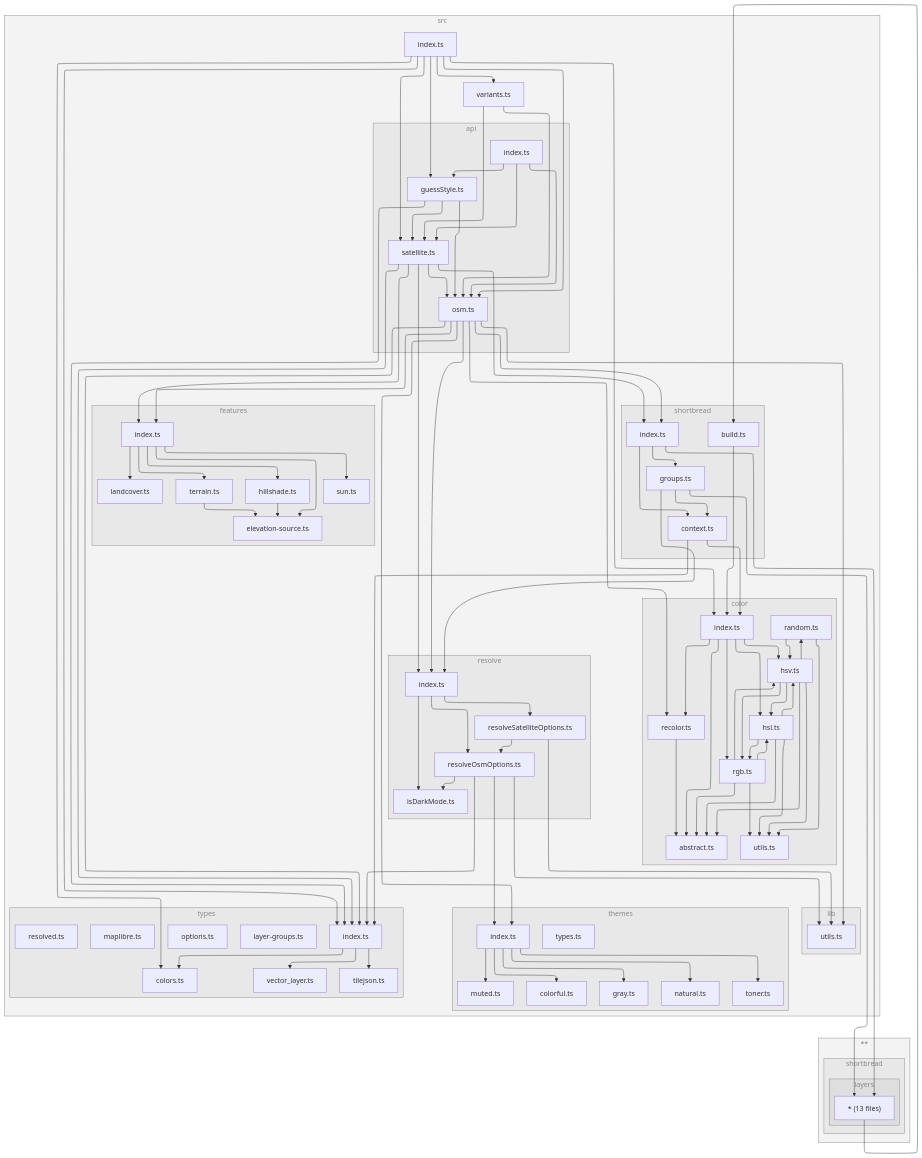
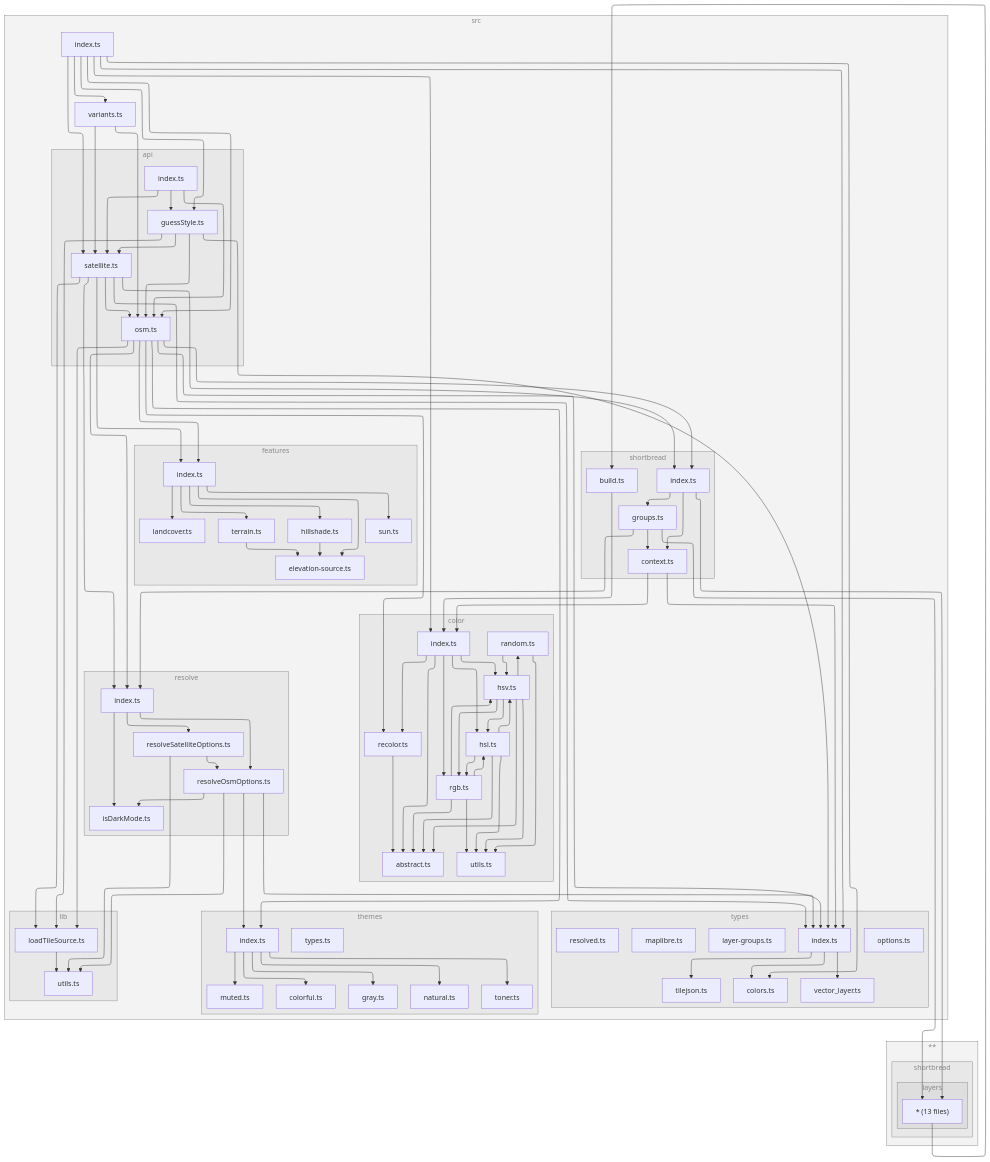
The diagram in README.md (versatiles-org/versatiles-style), drawn with Mermaid before and after one commit. The commit also changed 24 other files, not shown here.

First line of the commit message:
refactor: make satellite and OSM style generation asynchronous to load TileJSON

````diff
--- a/README.md
+++ b/README.md
@@ -156,155 +156,159 @@
 subgraph 0["src"]
 subgraph 1["api"]
 2["guessStyle.ts"]
-8["osm.ts"]
-1C["satellite.ts"]
-1D["index.ts"]
+B["osm.ts"]
+1D["satellite.ts"]
+1E["index.ts"]
 end
-subgraph 3["types"]
-4["index.ts"]
-5["colors.ts"]
-6["tilejson.ts"]
-7["vector_layer.ts"]
-1H["layer-groups.ts"]
-1I["maplibre.ts"]
-1J["options.ts"]
-1K["resolved.ts"]
+subgraph 3["lib"]
+4["loadTileSource.ts"]
+5["utils.ts"]
 end
-subgraph 9["color"]
-A["recolor.ts"]
-B["abstract.ts"]
-10["index.ts"]
-11["hsl.ts"]
-12["hsv.ts"]
-13["random.ts"]
-14["utils.ts"]
-15["rgb.ts"]
+subgraph 6["types"]
+7["index.ts"]
+8["colors.ts"]
+9["tilejson.ts"]
+A["vector_layer.ts"]
+1I["layer-groups.ts"]
+1J["maplibre.ts"]
+1K["options.ts"]
+1L["resolved.ts"]
 end
-subgraph C["features"]
-D["index.ts"]
-E["elevation-source.ts"]
-F["hillshade.ts"]
-G["landcover.ts"]
-H["sun.ts"]
-I["terrain.ts"]
+subgraph C["color"]
+D["recolor.ts"]
+E["abstract.ts"]
+11["index.ts"]
+12["hsl.ts"]
+13["hsv.ts"]
+14["random.ts"]
+15["utils.ts"]
+16["rgb.ts"]
 end
-subgraph J["lib"]
-K["utils.ts"]
+subgraph F["features"]
+G["index.ts"]
+H["elevation-source.ts"]
+I["hillshade.ts"]
+J["landcover.ts"]
+K["sun.ts"]
+L["terrain.ts"]
 end
-subgraph L["resolve"]
-M["index.ts"]
-N["isDarkMode.ts"]
-O["resolveOsmOptions.ts"]
-W["resolveSatelliteOptions.ts"]
+subgraph M["resolve"]
+N["index.ts"]
+O["isDarkMode.ts"]
+P["resolveOsmOptions.ts"]
+X["resolveSatelliteOptions.ts"]
 end
-subgraph P["themes"]
-Q["index.ts"]
-R["colorful.ts"]
-S["gray.ts"]
-T["muted.ts"]
-U["natural.ts"]
-V["toner.ts"]
-1G["types.ts"]
+subgraph Q["themes"]
+R["index.ts"]
+S["colorful.ts"]
+T["gray.ts"]
+U["muted.ts"]
+V["natural.ts"]
+W["toner.ts"]
+1H["types.ts"]
 end
-subgraph X["shortbread"]
-Y["index.ts"]
-Z["context.ts"]
-16["groups.ts"]
-1B["build.ts"]
+subgraph Y["shortbread"]
+Z["index.ts"]
+10["context.ts"]
+17["groups.ts"]
+1C["build.ts"]
 end
-1E["index.ts"]
-1F["variants.ts"]
+1F["index.ts"]
+1G["variants.ts"]
 end
-subgraph 17["**"]
-subgraph 18["shortbread"]
-subgraph 19["layers"]
-1A["* (13 files)"]
+subgraph 18["**"]
+subgraph 19["shortbread"]
+subgraph 1A["layers"]
+1B["* (13 files)"]
 end
 end
 end
 2-->4
-2-->8
-2-->1C
+2-->7
+2-->B
+2-->1D
 4-->5
-4-->6
-4-->7
-8-->A
-8-->D
-8-->K
-8-->M
-8-->Y
-8-->Q
-8-->4
-A-->B
+7-->8
+7-->9
+7-->A
+B-->D
+B-->G
+B-->4
+B-->N
+B-->Z
+B-->R
+B-->7
 D-->E
-D-->F
-D-->G
-D-->H
-D-->I
-F-->E
-I-->E
-M-->N
-M-->O
-M-->W
-O-->K
-O-->Q
-O-->4
-O-->N
-Q-->R
-Q-->S
-Q-->T
-Q-->U
-Q-->V
-W-->K
-W-->O
-Y-->Z
-Y-->16
-Y-->1A
+G-->H
+G-->I
+G-->J
+G-->K
+G-->L
+I-->H
+L-->H
+N-->O
+N-->P
+N-->X
+P-->5
+P-->R
+P-->7
+P-->O
+R-->S
+R-->T
+R-->U
+R-->V
+R-->W
+X-->5
+X-->P
 Z-->10
-Z-->4
-10-->B
+Z-->17
+Z-->1B
 10-->11
-10-->12
-10-->A
-10-->15
-11-->B
+10-->7
+11-->E
 11-->12
-11-->15
-11-->14
-12-->B
-12-->11
+11-->13
+11-->D
+11-->16
+12-->E
 12-->13
+12-->16
 12-->15
-12-->14
+13-->E
 13-->12
 13-->14
-15-->B
-15-->11
-15-->12
-15-->14
-16-->M
-16-->Z
-16-->1A
-1A-->1B
-1B-->10
-1C-->D
-1C-->M
-1C-->Y
-1C-->4
-1C-->8
-1D-->2
-1D-->8
-1D-->1C
+13-->16
+13-->15
+14-->13
+14-->15
+16-->E
+16-->12
+16-->13
+16-->15
+17-->N
+17-->10
+17-->1B
+1B-->1C
+1C-->11
+1D-->G
+1D-->4
+1D-->N
+1D-->Z
+1D-->7
+1D-->B
 1E-->2
-1E-->8
-1E-->1C
-1E-->10
-1E-->5
-1E-->4
-1E-->1F
+1E-->B
+1E-->1D
+1F-->2
+1F-->B
+1F-->1D
+1F-->11
 1F-->8
-1F-->1C
+1F-->7
+1F-->1G
+1G-->B
+1G-->1D
 
-class 0,1,3,9,C,J,L,P,X,17,18,19 subgraphs;
+class 0,1,3,6,C,F,M,Q,Y,18,19,1A subgraphs;
 classDef subgraphs fill-opacity:0.1, fill:#888, color:#888, stroke:#888;
 ```
````
